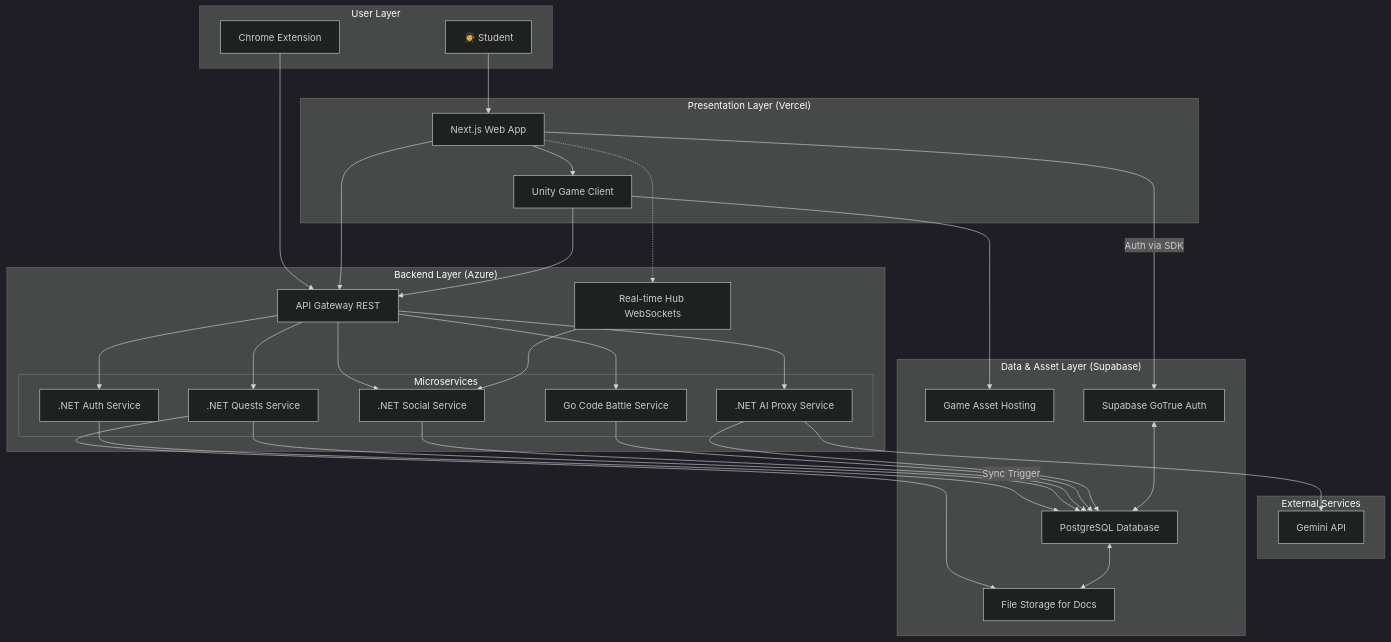
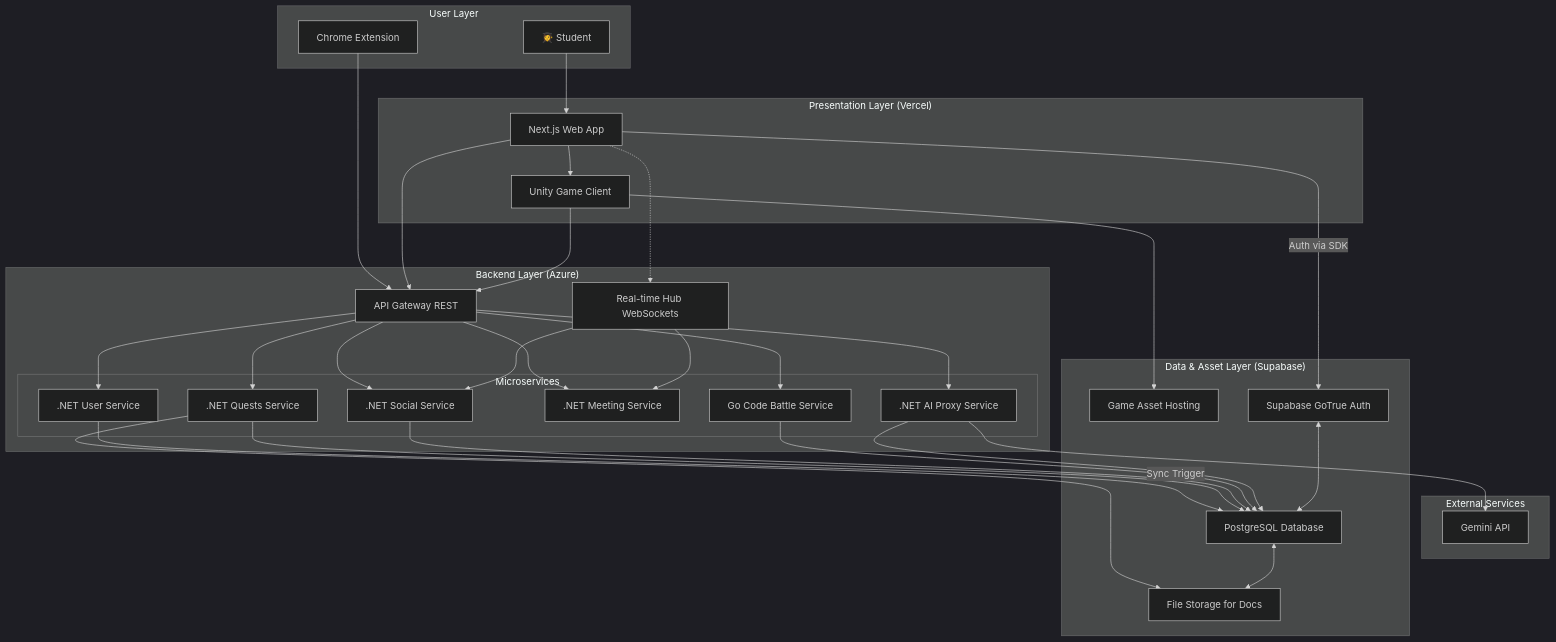
The diagram in docs/fullstack-architecture/high-level-architecture.md (FA25SE050-RogueLearn/RogueLearn.BMAD.Documentation), drawn with Mermaid (dark theme) before and after one commit. The commit also changed other lines of this file and 5 other files, not shown here.

Commit message:
feat: changes to architecture - auth -> user service - add meeting service - add database per service file - adjust techstack - add building blocks component

````diff
--- a/docs/fullstack-architecture/high-level-architecture.md
+++ b/docs/fullstack-architecture/high-level-architecture.md
@@ -37,71 +39,74 @@
 ```mermaid
 graph TD
     subgraph "User Layer"
         User[👩‍🎓 Student]
         BrowserExtension[Chrome Extension]
     end
 
     subgraph "Presentation Layer (Vercel)"
         Frontend[Next.js Web App]
         UnityClient[Unity Game Client]
         Frontend --> UnityClient
     end
 
     subgraph "External Services"
         Gemini[Gemini API]
     end
 
     subgraph "Backend Layer (Azure)"
         APIGateway[API Gateway REST]
         RealtimeHub[Real-time Hub WebSockets]
         
         subgraph "Microservices"
-            AuthService[.NET Auth Service]
+            UserService[.NET User Service]
             QuestService[.NET Quests Service]
             SocialService[.NET Social Service]
+            MeetingService[.NET Meeting Service]
             CodeBattleService[Go Code Battle Service]
             AIProxyService[.NET AI Proxy Service]
         end
     end
 
     subgraph "Data & Asset Layer (Supabase)"
         Database[PostgreSQL Database]
         FileStorage[File Storage for Docs]
         GameAssetHosting[Game Asset Hosting]
         SupabaseAuth[Supabase GoTrue Auth]
     end
 
     User --> Frontend
 
     BrowserExtension --> APIGateway
 
     Frontend -- Auth via SDK --> SupabaseAuth
     Frontend --> APIGateway
     Frontend -.-> RealtimeHub
 
     UnityClient --> GameAssetHosting
     UnityClient --> APIGateway
     
-    APIGateway --> AuthService
+    APIGateway --> UserService
     APIGateway --> QuestService
     APIGateway --> SocialService
+    APIGateway --> MeetingService
     APIGateway --> CodeBattleService
     APIGateway --> AIProxyService
     
     RealtimeHub --> SocialService
+    RealtimeHub --> MeetingService
 
-    AuthService -- Sync Trigger --> Database
+    UserService -- Sync Trigger --> Database
 
     QuestService --> Database
     QuestService --> FileStorage
     
     SocialService --> Database
     
     CodeBattleService --> Database
     
     AIProxyService --> Gemini
     AIProxyService --> Database
 
     Database <--> FileStorage
     SupabaseAuth <--> Database
 ```
````
